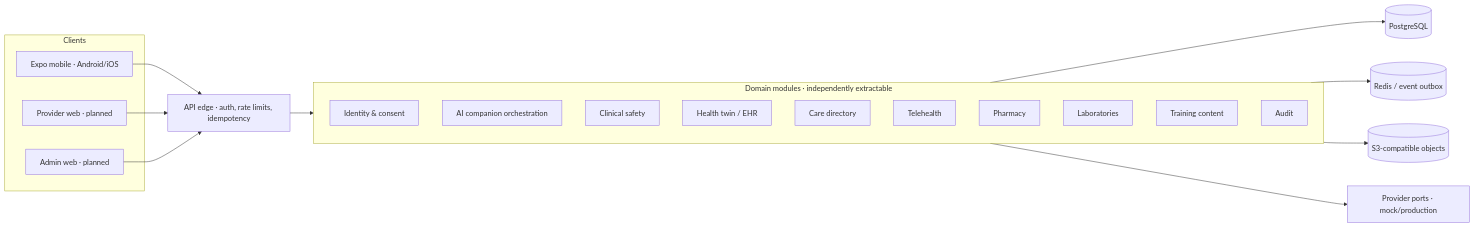
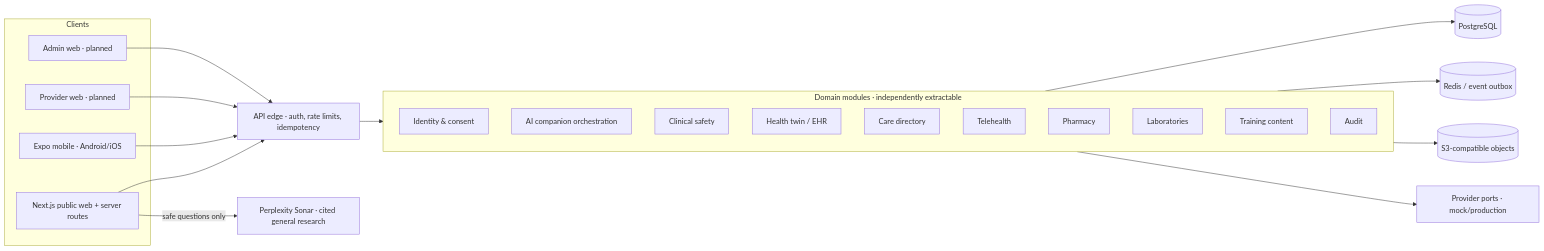
One commit to thedhunga/merohealth changed the first of 2 diagrams in docs/architecture/system-architecture.md. Above: the diagram before and after it, drawn with Mermaid. The commit also changed other lines of this file and 46 other files, not shown here.

````diff
--- a/docs/architecture/system-architecture.md
+++ b/docs/architecture/system-architecture.md
@@ -7,33 +7,37 @@
 ```mermaid
 flowchart LR
   subgraph Clients
+    Web["Next.js public web + server routes"]
     Mobile["Expo mobile · Android/iOS"]
     Provider["Provider web · planned"]
     Admin["Admin web · planned"]
   end
   Edge["API edge · auth, rate limits, idempotency"]
   subgraph Domains["Domain modules · independently extractable"]
     Identity["Identity & consent"]
     Companion["AI companion orchestration"]
     Safety["Clinical safety"]
     Twin["Health twin / EHR"]
     Directory["Care directory"]
     Telehealth["Telehealth"]
     Pharmacy["Pharmacy"]
     Labs["Laboratories"]
     Learning["Training content"]
     Audit["Audit"]
   end
   Adapters["Provider ports · mock/production"]
+  Research["Perplexity Sonar · cited general research"]
   Data[("PostgreSQL")]
   Queue[("Redis / event outbox")]
   Objects[("S3-compatible objects")]
+  Web --> Edge
   Mobile --> Edge
   Provider --> Edge
   Admin --> Edge
   Edge --> Domains
   Domains --> Data
   Domains --> Queue
   Domains --> Objects
   Domains --> Adapters
+  Web -->|"safe questions only"| Research
 ```
````
